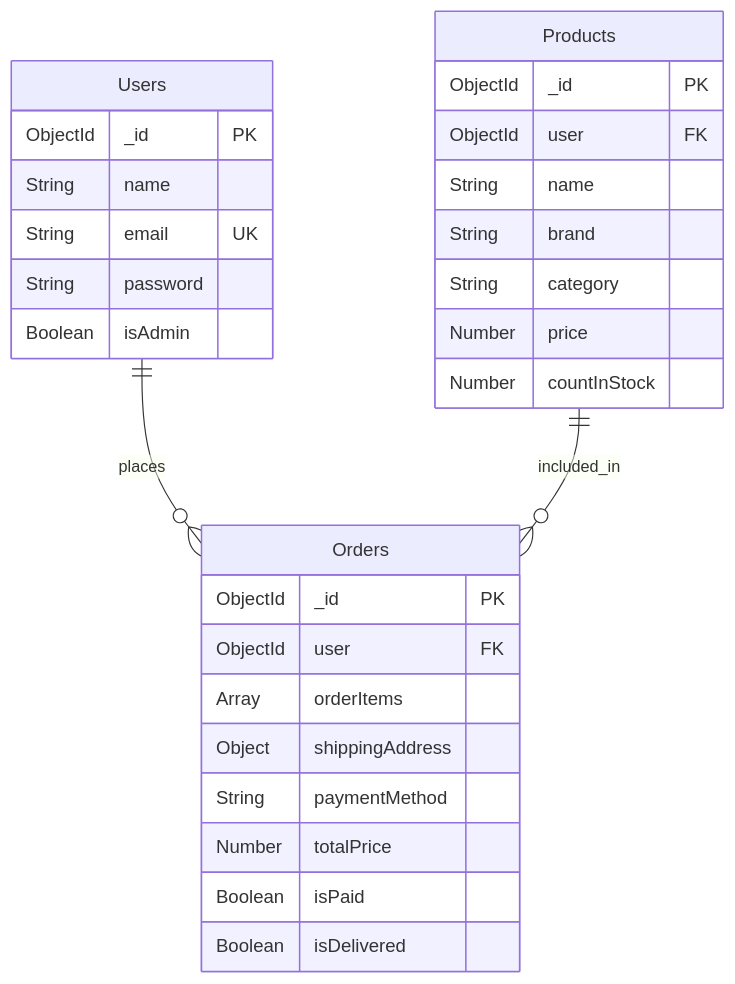
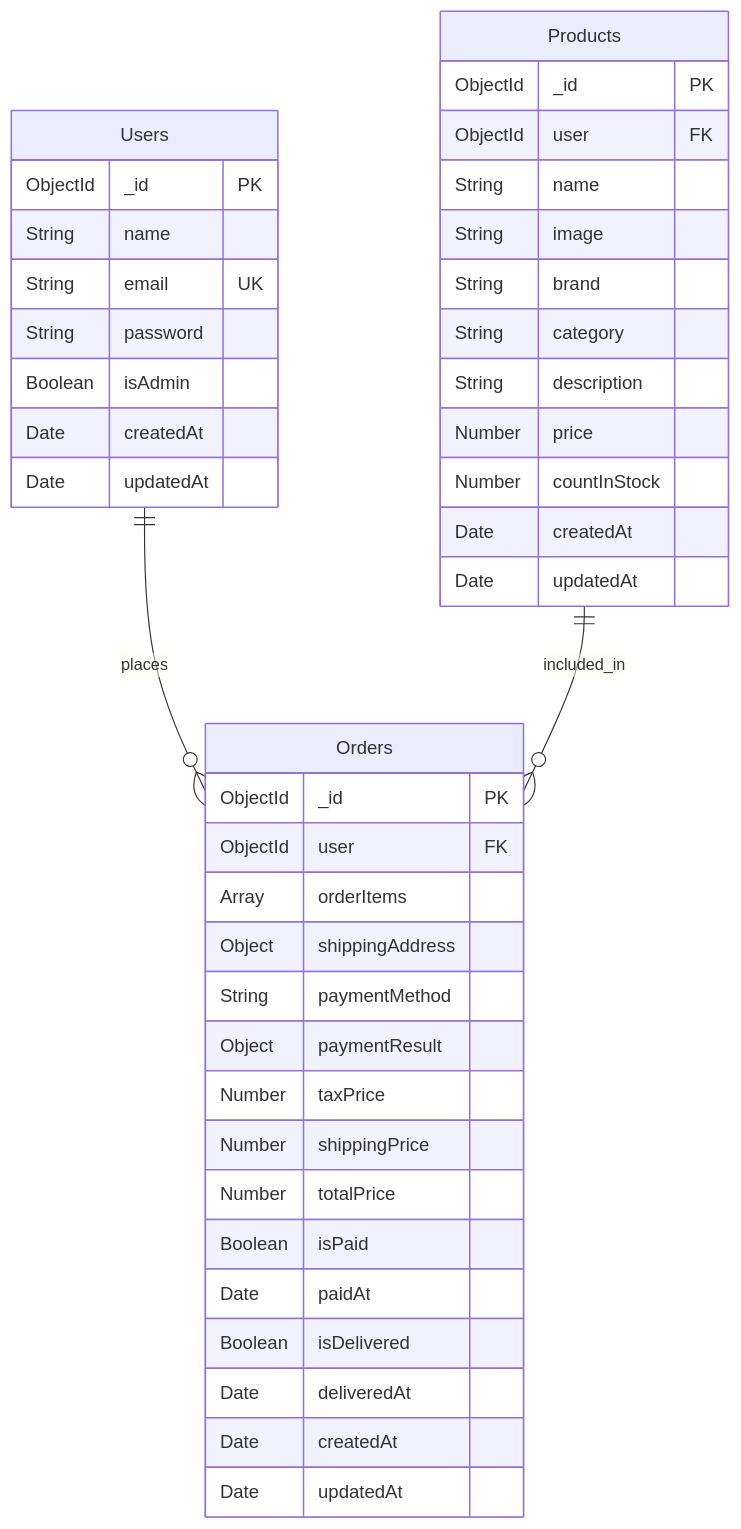
One commit to Mishra-coder/Zappify changed the diagram in README.md. Above: the diagram before and after it, drawn with Mermaid. The commit also changed other lines of this file, not shown here.

````diff
--- a/README.md
+++ b/README.md
@@ -68,34 +65,47 @@
 ```mermaid
 erDiagram
 Users ||--o{ Orders : places
 Products ||--o{ Orders : included_in
 
 Users {
   ObjectId _id PK
   String name
   String email UK
   String password
   Boolean isAdmin
+  Date createdAt
+  Date updatedAt
 }
 
 Products {
   ObjectId _id PK
   ObjectId user FK
   String name
+  String image
   String brand
   String category
+  String description
   Number price
   Number countInStock
+  Date createdAt
+  Date updatedAt
 }
 
 Orders {
   ObjectId _id PK
   ObjectId user FK
   Array orderItems
   Object shippingAddress
   String paymentMethod
+  Object paymentResult
+  Number taxPrice
+  Number shippingPrice
   Number totalPrice
   Boolean isPaid
+  Date paidAt
   Boolean isDelivered
+  Date deliveredAt
+  Date createdAt
+  Date updatedAt
 }
 ```
````
